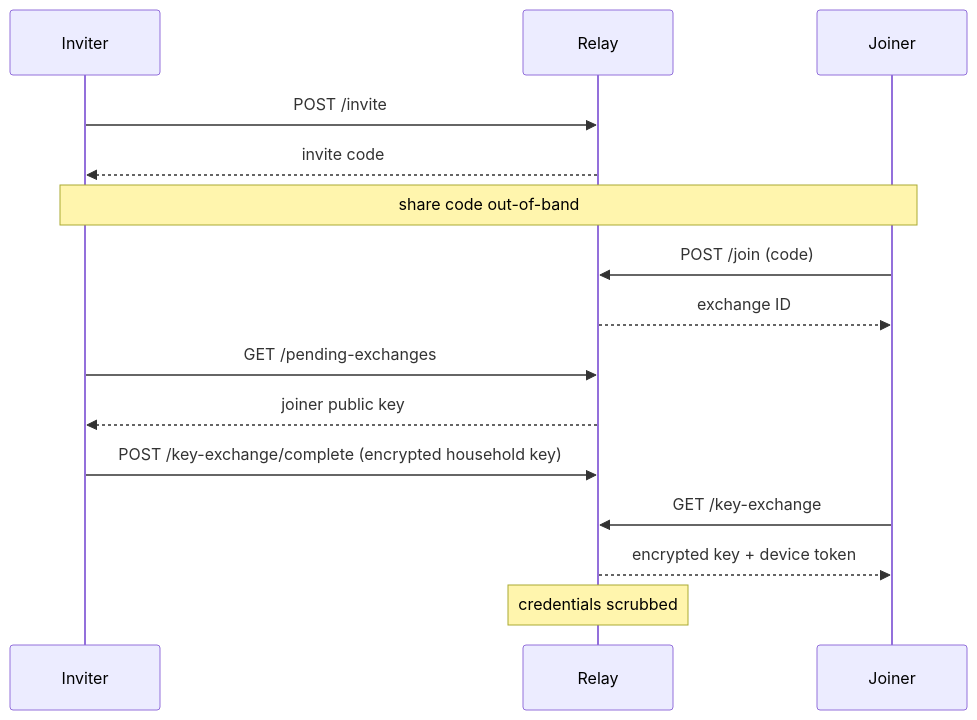
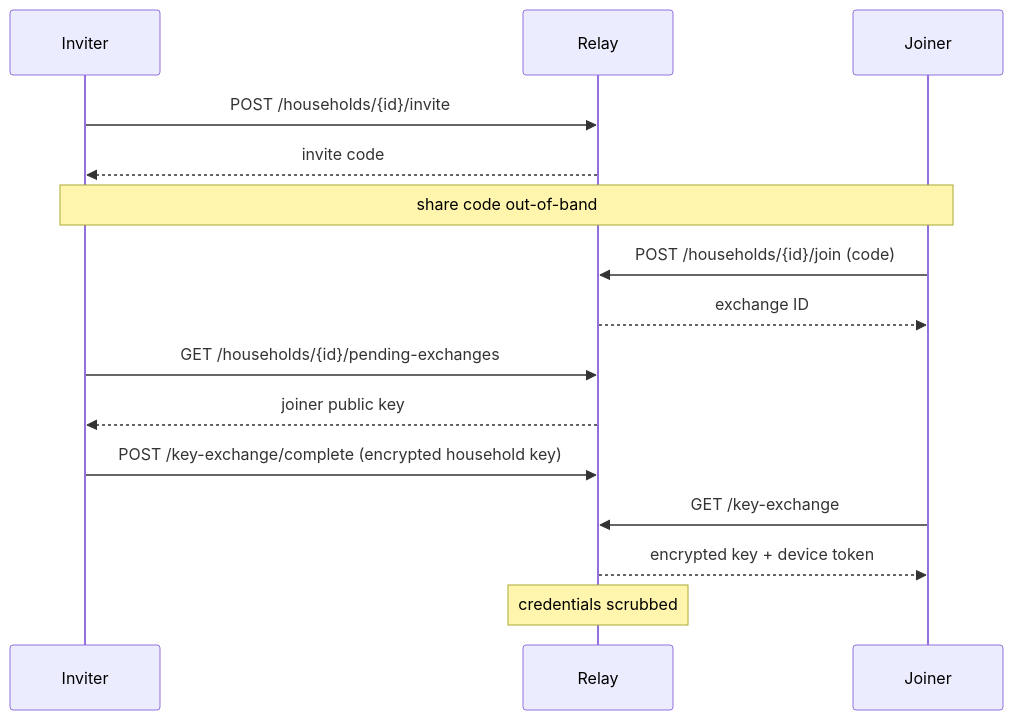
One commit to micasa-dev/micasa changed the second of 3 diagrams in docs/content/docs/development/relay-architecture.md. Above: the diagram before and after it, drawn with Mermaid. The commit also changed other lines of this file, not shown here.

Commit message:
docs(website): fix route paths in Mermaid diagrams
POST /invite → POST /households/{id}/invite
POST /join → POST /households/{id}/join
GET /pending-exchanges → GET /households/{id}/pending-exchanges

````diff
--- a/docs/content/docs/development/relay-architecture.md
+++ b/docs/content/docs/development/relay-architecture.md
@@ -75,23 +75,23 @@
 ```mermaid
 sequenceDiagram
     participant I as Inviter
     participant R as Relay
     participant J as Joiner
 
-    I->>R: POST /invite
+    I->>R: POST /households/{id}/invite
     R-->>I: invite code
 
     Note over I,J: share code out-of-band
 
-    J->>R: POST /join (code)
+    J->>R: POST /households/{id}/join (code)
     R-->>J: exchange ID
 
-    I->>R: GET /pending-exchanges
+    I->>R: GET /households/{id}/pending-exchanges
     R-->>I: joiner public key
 
     I->>R: POST /key-exchange/complete (encrypted household key)
 
     J->>R: GET /key-exchange
     R-->>J: encrypted key + device token
     Note over R: credentials scrubbed
 ```
````
